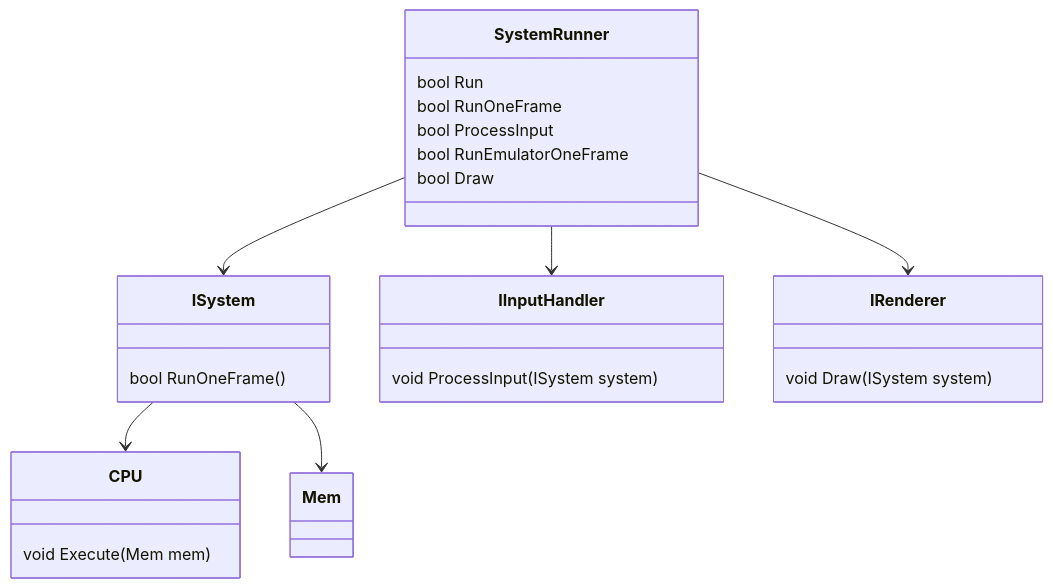
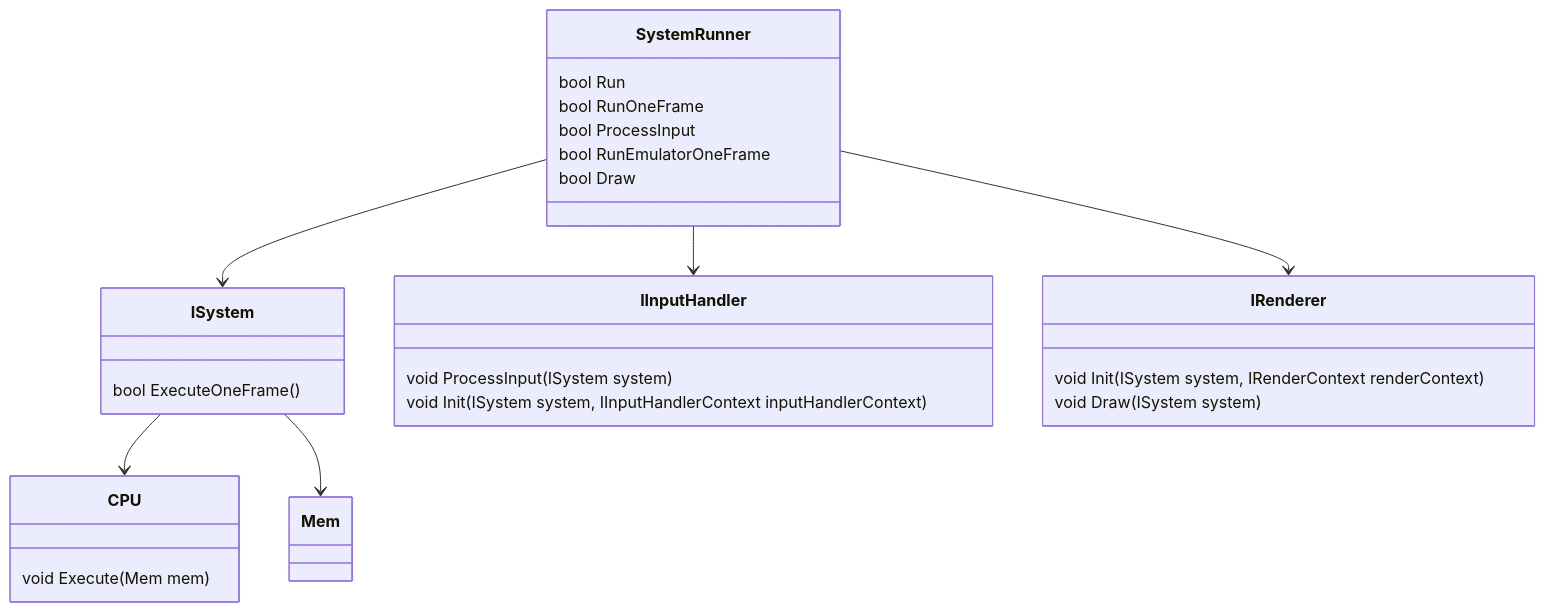
The first of 2 diagrams in SYSYEM_DIAGRAM.md (highbyte/dotnet-6502), drawn with Mermaid before and after one commit. The commit also changed other lines of this file and 2 other files, not shown here.

````diff
--- a/SYSYEM_DIAGRAM.md
+++ b/SYSYEM_DIAGRAM.md
@@ -1,22 +1,28 @@
 ```mermaid
 classDiagram
+SystemRunner
 SystemRunner --> ISystem
 SystemRunner --> IInputHandler
 SystemRunner --> IRenderer
 SystemRunner : bool Run
 SystemRunner : bool RunOneFrame
 SystemRunner : bool ProcessInput
 SystemRunner : bool RunEmulatorOneFrame
 SystemRunner : bool Draw
 
+ISystem
 ISystem --> CPU
 ISystem --> Mem
-ISystem : bool RunOneFrame()
+ISystem : bool ExecuteOneFrame()
 
+CPU
 CPU : void Execute(Mem mem)
 
+IRenderer
+IRenderer : void Init(ISystem system, IRenderContext renderContext)
 IRenderer : void Draw(ISystem system)
 
+IInputHandler
 IInputHandler : void ProcessInput(ISystem system)
-
+IInputHandler : void Init(ISystem system, IInputHandlerContext inputHandlerContext)
 ```
````
